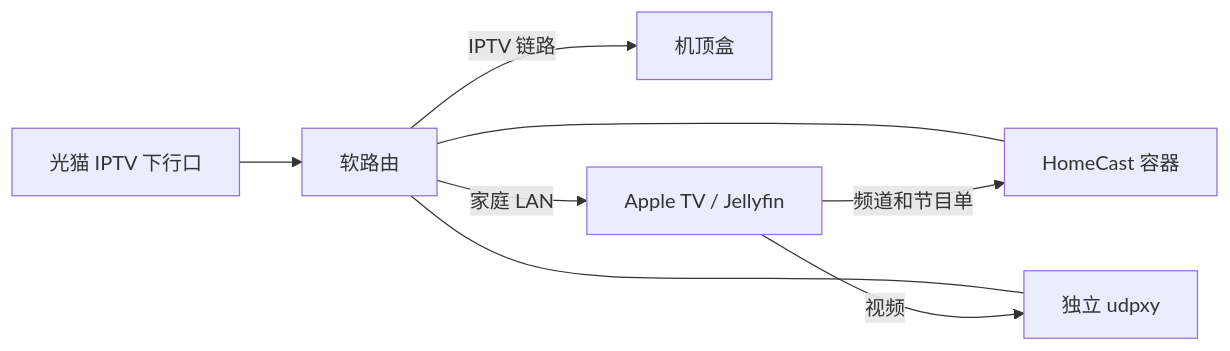
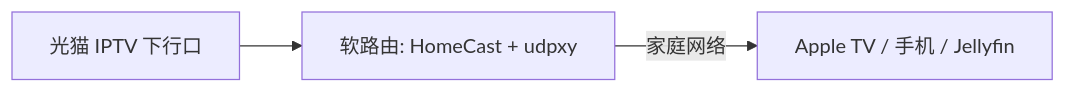
The diagram in docs/network.md (holyful/shanghai-telecom-iptv), drawn with Mermaid before and after one commit. The commit also changed other lines of this file and 2 other files, not shown here.

````diff
--- a/docs/network.md
+++ b/docs/network.md
@@ -15,10 +15,5 @@
 ```mermaid
 flowchart LR
-  ONT[光猫 IPTV 下行口] --> ROUTER[软路由]
-  ROUTER -->|IPTV 链路| STB[机顶盒]
-  ROUTER -->|家庭 LAN| CLIENT[Apple TV / Jellyfin]
-  ROUTER --- APP[HomeCast 容器]
-  ROUTER --- UDP[独立 udpxy]
-  CLIENT -->|频道和节目单| APP
-  CLIENT -->|视频| UDP
+  ONT[光猫 IPTV 下行口] --> ROUTER[软路由: HomeCast + udpxy]
+  ROUTER -->|家庭网络| CLIENT[Apple TV / 手机 / Jellyfin]
 ```
````
